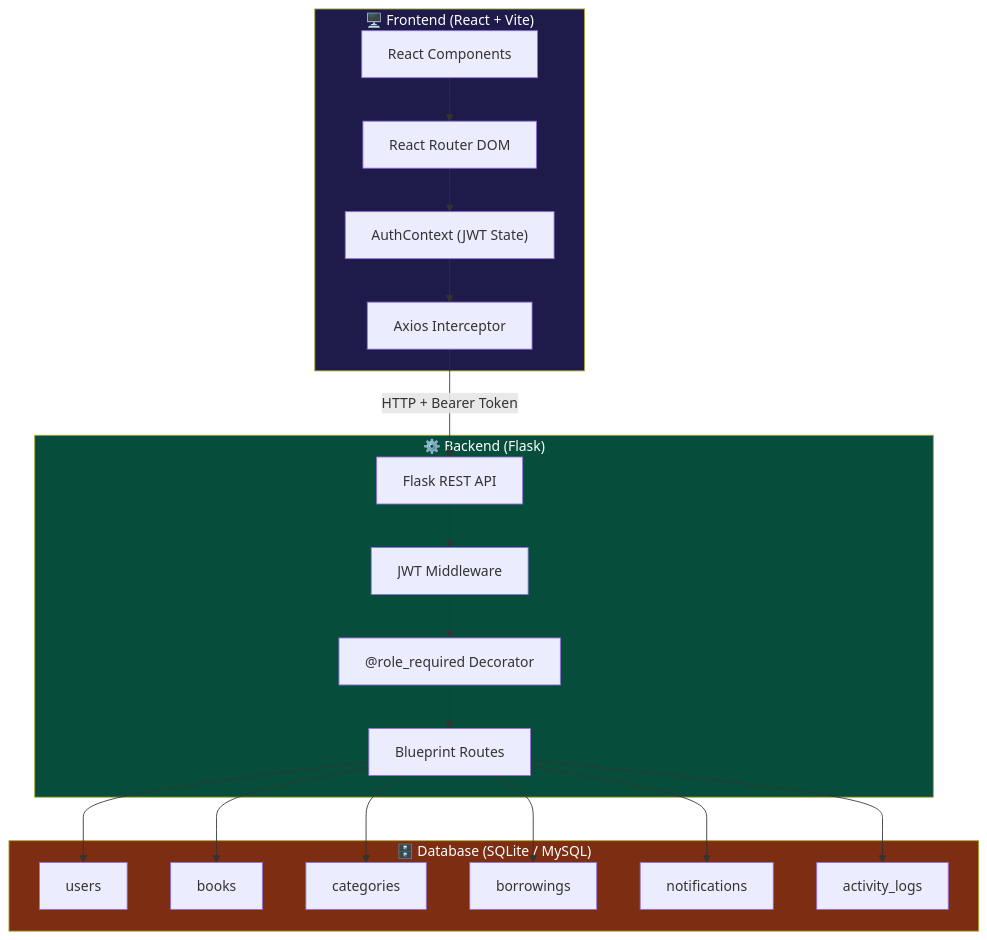
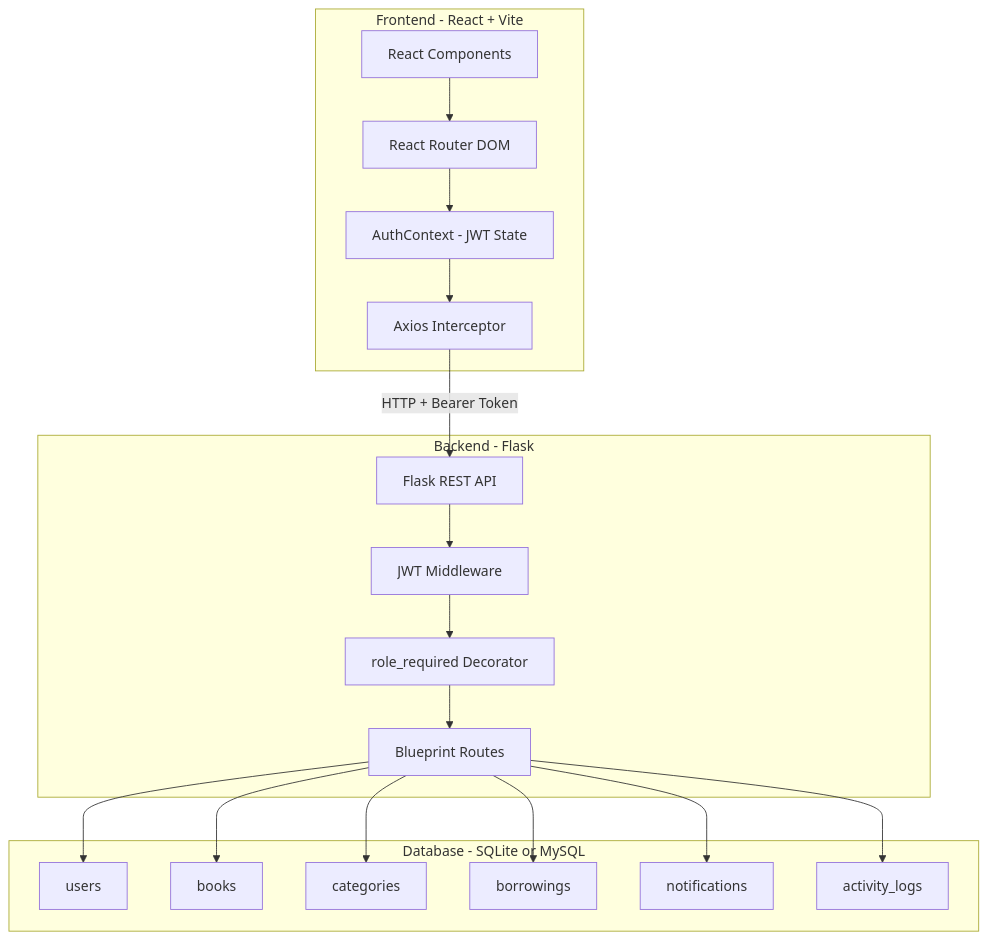
One commit to ahmed0913/library changed the first of 6 diagrams in README.md. Above: the diagram before and after it, drawn with Mermaid. The commit also changed other lines of this file and 5 other files, not shown here.

````diff
--- a/README.md
+++ b/README.md
@@ -62,40 +75,36 @@
 ```mermaid
 graph TB
-    subgraph Frontend["🖥️ Frontend (React + Vite)"]
+    subgraph Frontend["Frontend - React + Vite"]
         UI["React Components"]
         Router["React Router DOM"]
-        AuthCtx["AuthContext (JWT State)"]
+        AuthCtx["AuthContext - JWT State"]
         Axios["Axios Interceptor"]
     end
 
-    subgraph Backend["⚙️ Backend (Flask)"]
+    subgraph Backend["Backend - Flask"]
         API["Flask REST API"]
         JWTMw["JWT Middleware"]
-        RoleDec["@role_required Decorator"]
+        RoleDec["role_required Decorator"]
         Routes["Blueprint Routes"]
     end
 
-    subgraph Database["🗄️ Database (SQLite / MySQL)"]
+    subgraph Database["Database - SQLite or MySQL"]
         Users["users"]
         Books["books"]
         Categories["categories"]
         Borrowings["borrowings"]
         Notifications["notifications"]
         ActivityLogs["activity_logs"]
     end
 
     UI --> Router --> AuthCtx
     AuthCtx --> Axios
     Axios -->|"HTTP + Bearer Token"| API
     API --> JWTMw --> RoleDec --> Routes
     Routes --> Users
     Routes --> Books
     Routes --> Categories
     Routes --> Borrowings
     Routes --> Notifications
     Routes --> ActivityLogs
-
-    style Frontend fill:#1e1b4b,color:#fff
-    style Backend fill:#064e3b,color:#fff
-    style Database fill:#7c2d12,color:#fff
 ```
````
